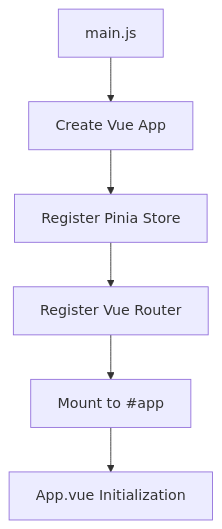
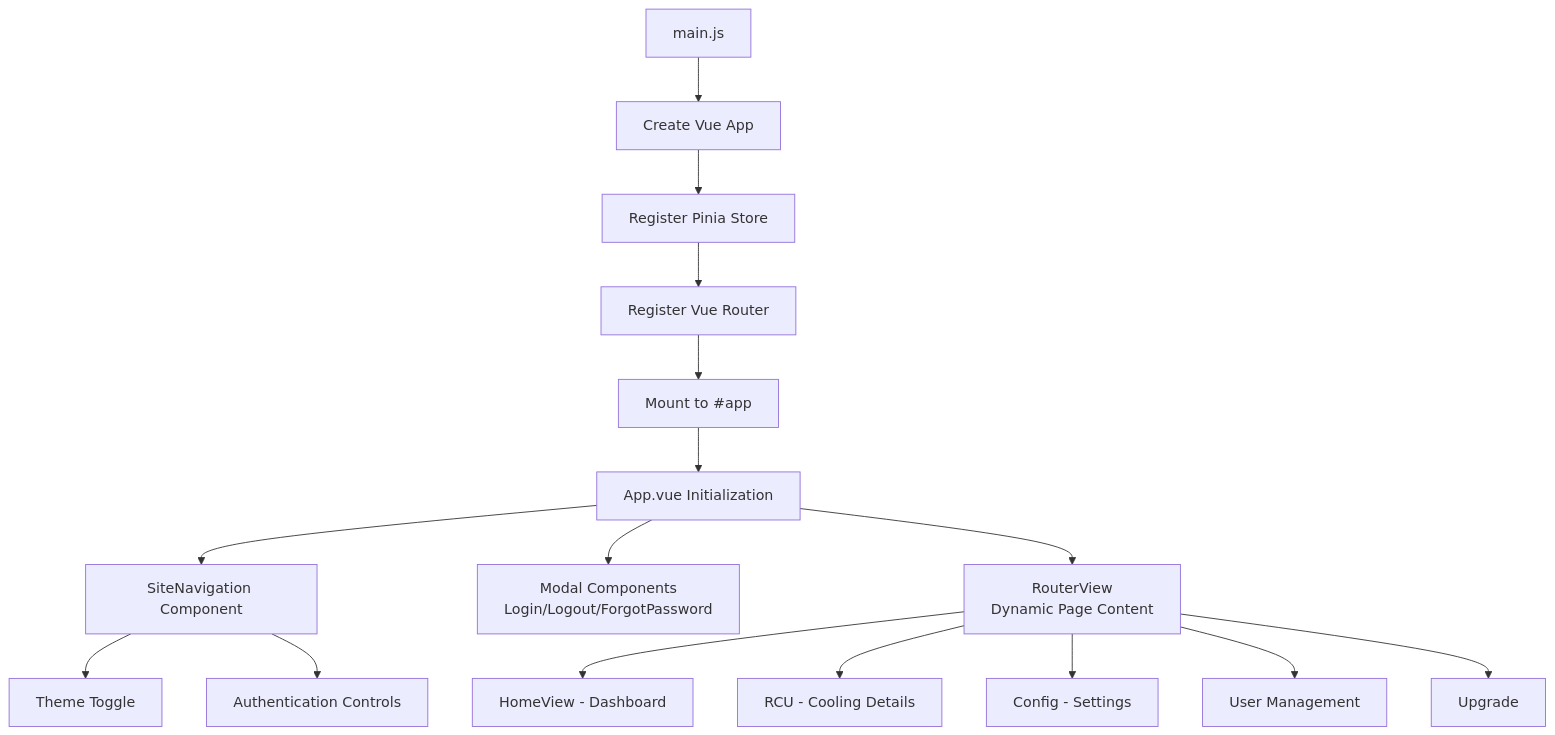
One commit to CSchotborgh/ecx-web-ui-main-september changed the first of 10 diagrams in README.md. Above: the diagram before and after it, drawn with Mermaid. The commit also changed other lines of this file, not shown here.

First line of the commit message:
Assistant checkpoint: Added comprehensive UI/UX flow diagrams to README

````diff
--- a/README.md
+++ b/README.md
@@ -87,8 +87,18 @@
 ```mermaid
 graph TD
     A[main.js] --> B[Create Vue App]
     B --> C[Register Pinia Store]
     C --> D[Register Vue Router]
     D --> E[Mount to #app]
     E --> F[App.vue Initialization]
+    F --> G[SiteNavigation Component]
+    F --> H[Modal Components<br/>Login/Logout/ForgotPassword]
+    F --> I[RouterView<br/>Dynamic Page Content]
+    G --> J[Theme Toggle]
+    G --> K[Authentication Controls]
+    I --> L[HomeView - Dashboard]
+    I --> M[RCU - Cooling Details]
+    I --> N[Config - Settings]
+    I --> O[User Management]
+    I --> P[Upgrade]
 ```
````
